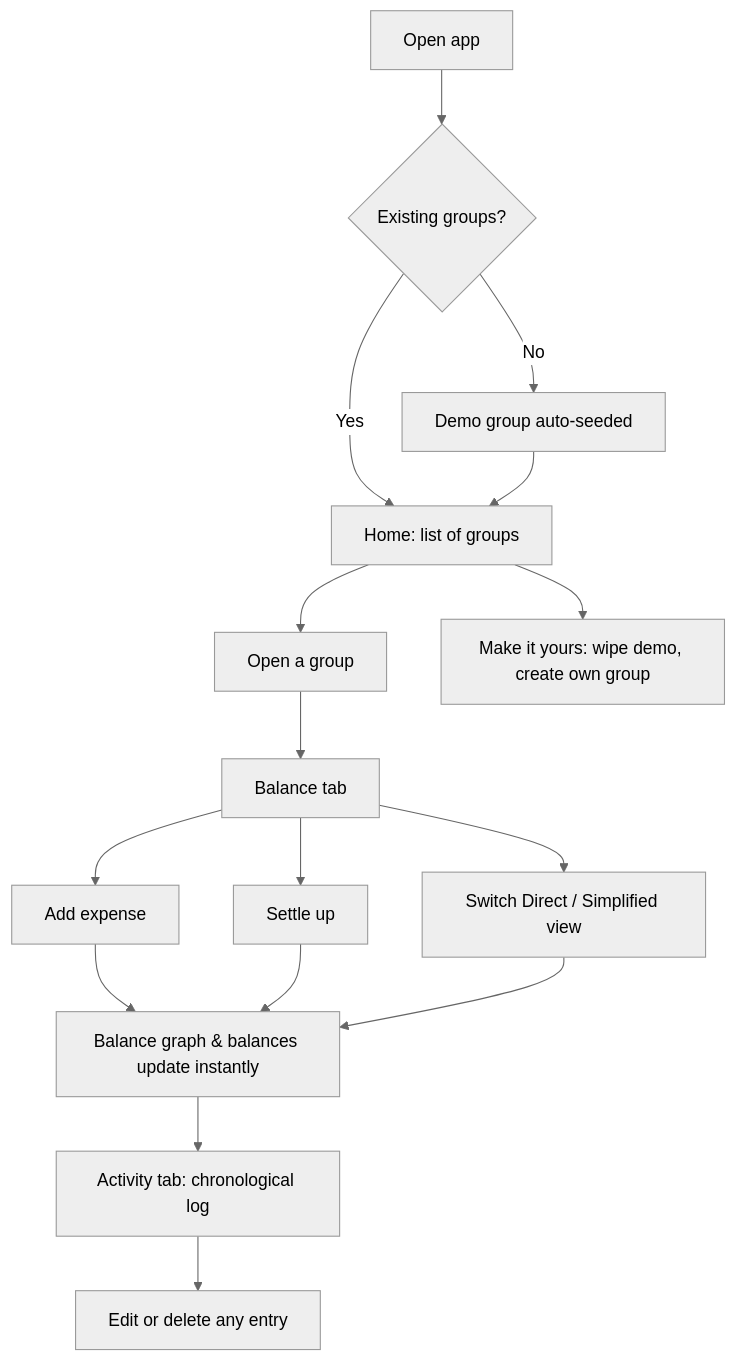
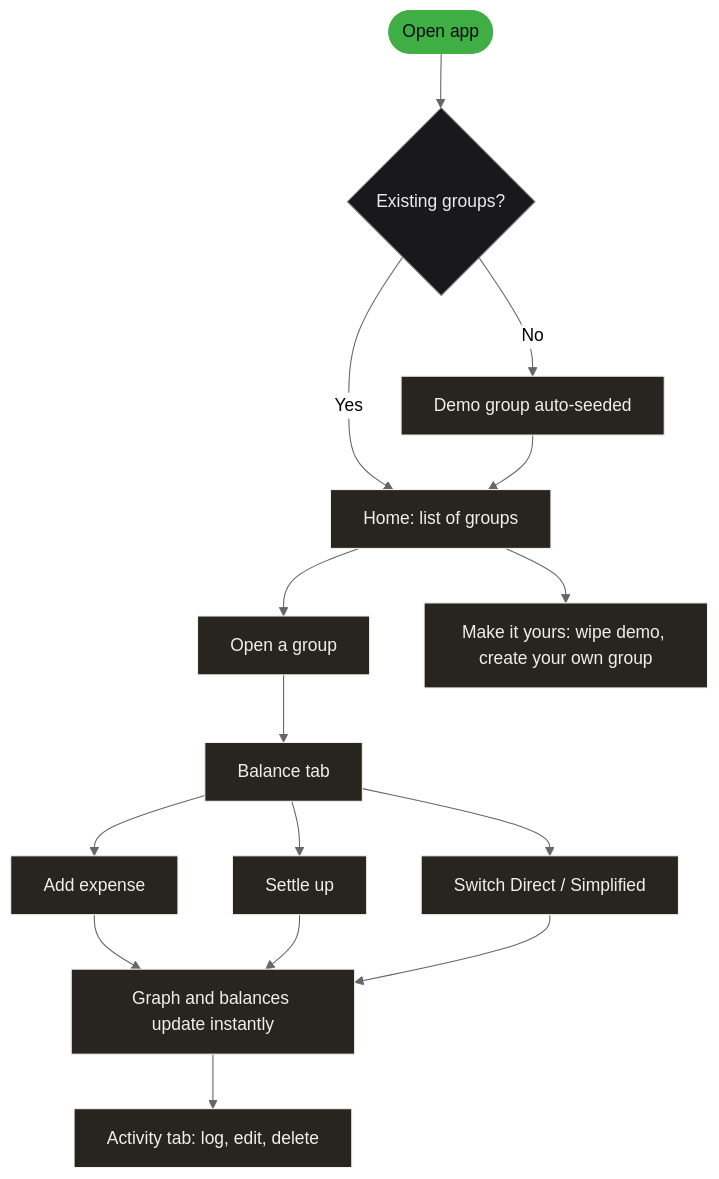
The diagram in README.md (UNFOTABLE01/splid), drawn with Mermaid (neutral theme) before and after one commit. The commit also changed other lines of this file, not shown here.

````diff
--- a/README.md
+++ b/README.md
@@ -72,18 +93,24 @@
 ```mermaid
 flowchart TD
-    A[Open app] --> B{Existing groups?}
+    A([Open app]) --> B{Existing groups?}
     B -- No --> C[Demo group auto-seeded]
     B -- Yes --> D[Home: list of groups]
     C --> D
     D --> E[Open a group]
     E --> F[Balance tab]
     F --> G[Add expense]
     F --> H[Settle up]
-    F --> I[Switch Direct / Simplified view]
-    G --> J[Balance graph & balances update instantly]
+    F --> I[Switch Direct / Simplified]
+    G --> J[Graph and balances update instantly]
     H --> J
     I --> J
-    J --> K[Activity tab: chronological log]
-    K --> L[Edit or delete any entry]
-    D --> M[Make it yours: wipe demo, create own group]
+    J --> K[Activity tab: log, edit, delete]
+    D --> M[Make it yours: wipe demo, create your own group]
+
+    classDef start fill:#3fae44,stroke:#3fae44,color:#0c0c0d
+    classDef ink fill:#282420,stroke:#f2efe8,color:#f2efe8
+    classDef decide fill:#19191c,stroke:#8b8b92,color:#ededf0
+    class A start
+    class B decide
+    class C,D,E,F,G,H,I,J,K,M ink
 ```
````
